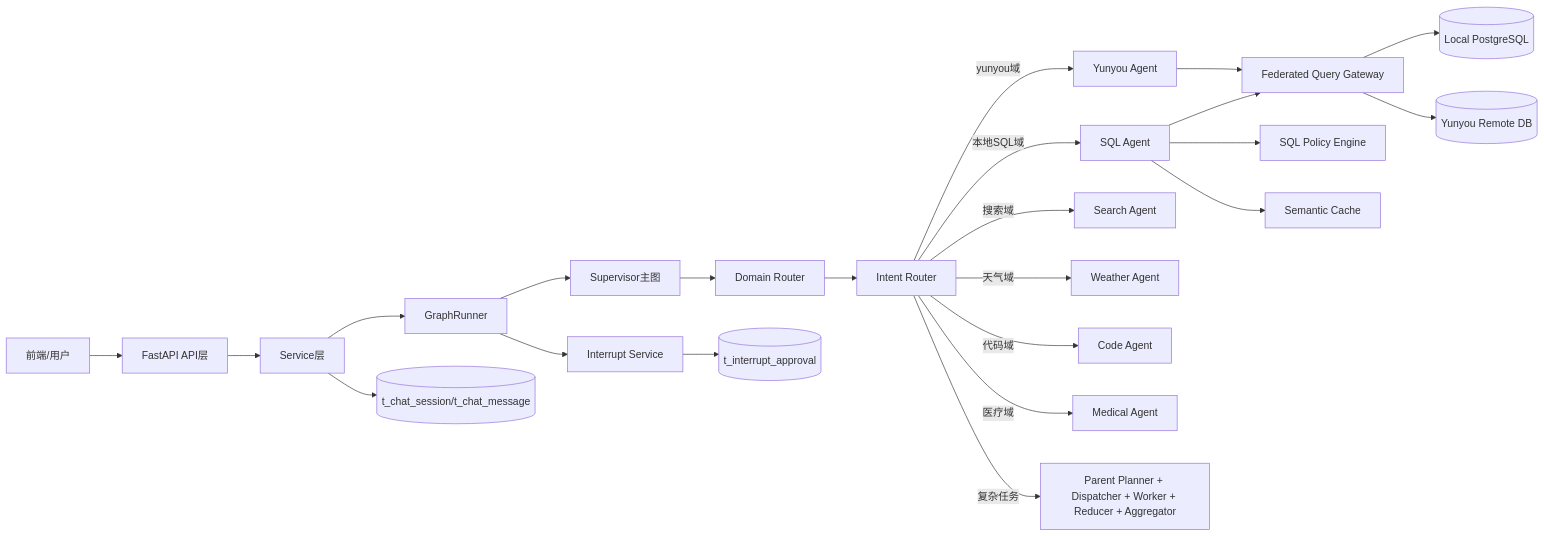
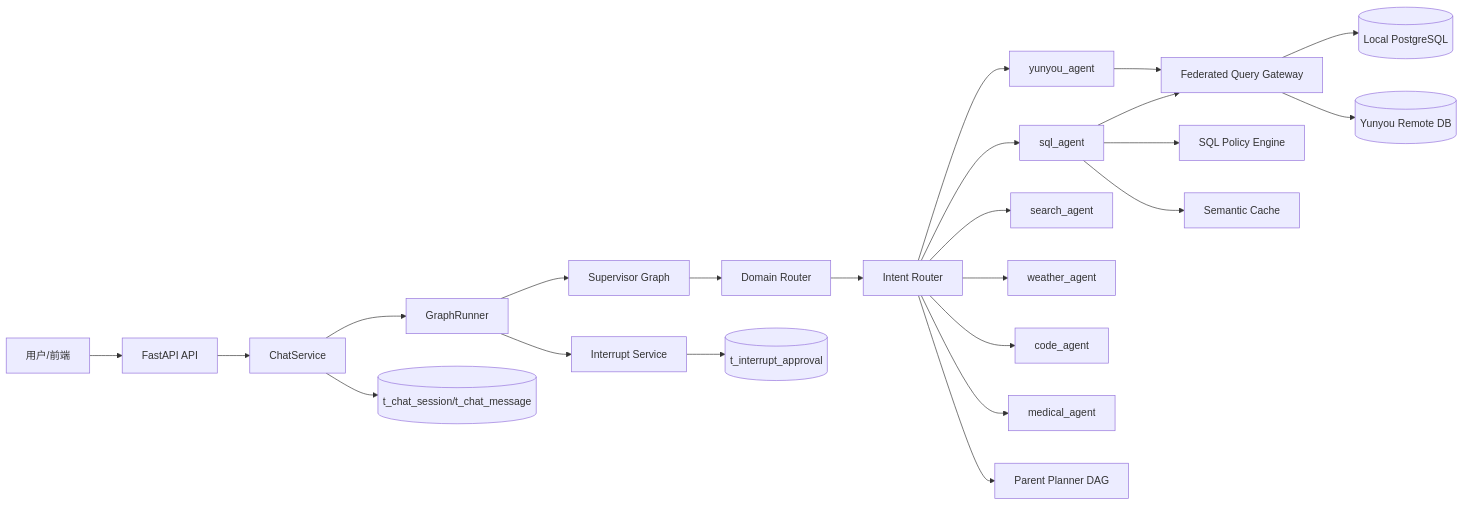
Before and after one commit to lengxuefeng/xf-ai-agent: the diagram in docs/后端项目说明文档.md, drawn with Mermaid. The commit also changed other lines of this file, not shown here.

````diff
--- a/docs/后端项目说明文档.md
+++ b/docs/后端项目说明文档.md
@@ -22,31 +25,31 @@
 ```mermaid
 flowchart LR
-    U[前端/用户] --> API[FastAPI API层]
-    API --> SVC[Service层]
+    U[用户/前端] --> API[FastAPI API]
+    API --> SVC[ChatService]
     SVC --> RUN[GraphRunner]
+    RUN --> SUP[Supervisor Graph]
 
-    RUN --> SUP[Supervisor主图]
     SUP --> DR[Domain Router]
     DR --> IR[Intent Router]
 
-    IR -->|yunyou域| YA[Yunyou Agent]
-    IR -->|本地SQL域| SA[SQL Agent]
-    IR -->|搜索域| SEA[Search Agent]
-    IR -->|天气域| WA[Weather Agent]
-    IR -->|代码域| CA[Code Agent]
-    IR -->|医疗域| MA[Medical Agent]
-    IR -->|复杂任务| DAG[Parent Planner + Dispatcher + Worker + Reducer + Aggregator]
+    IR --> YA[yunyou_agent]
+    IR --> SA[sql_agent]
+    IR --> SEA[search_agent]
+    IR --> WA[weather_agent]
+    IR --> CA[code_agent]
+    IR --> MA[medical_agent]
+    IR --> DAG[Parent Planner DAG]
 
     YA --> GW[Federated Query Gateway]
     SA --> GW
     GW --> LDB[(Local PostgreSQL)]
     GW --> YDB[(Yunyou Remote DB)]
 
     SA --> POL[SQL Policy Engine]
-    SA --> CACHE[Semantic Cache]
+    SA --> SC[Semantic Cache]
 
     RUN --> INT[Interrupt Service]
     INT --> AP[(t_interrupt_approval)]
 
-    SVC --> CH[(t_chat_session/t_chat_message)]
+    SVC --> MSG[(t_chat_session/t_chat_message)]
 ```
````
